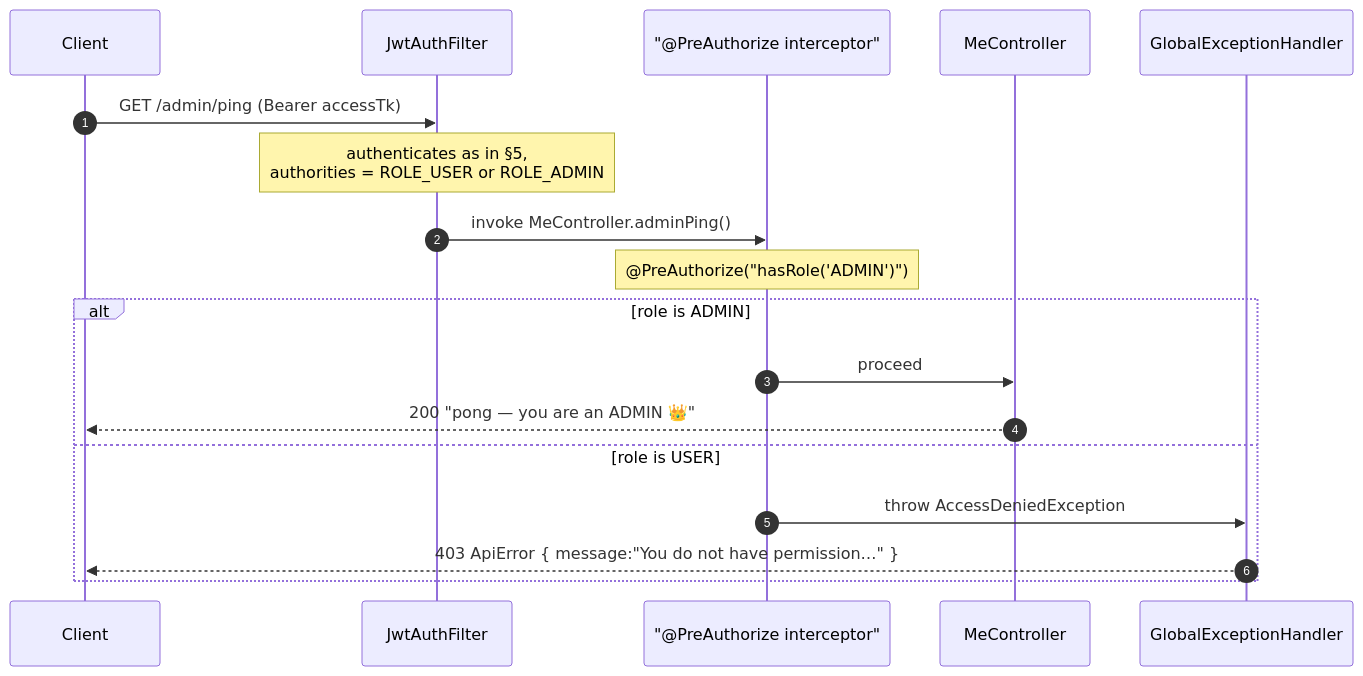
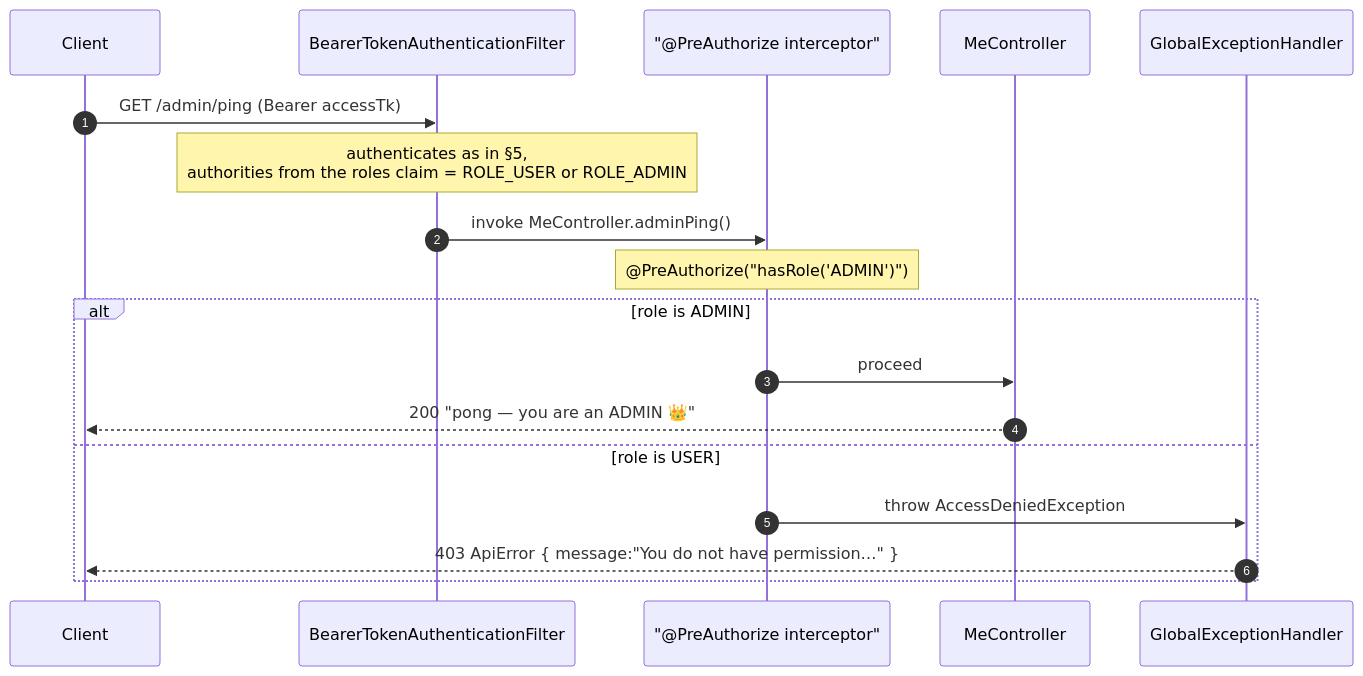
The seventh of 7 diagrams in docs/BACKEND_FLOW.md (Umex10/authkit), drawn with Mermaid before and after one commit. The commit also changed other lines of this file and 4 other files, not shown here.

First line of the commit message:
docs: describe the RS256 resource-server flow and the current tests

````diff
--- a/docs/BACKEND_FLOW.md
+++ b/docs/BACKEND_FLOW.md
@@ -286,21 +312,21 @@
 ```mermaid
 sequenceDiagram
     autonumber
     participant C as Client
-    participant JAF as JwtAuthFilter
+    participant BTAF as BearerTokenAuthenticationFilter
     participant MSI as "@PreAuthorize interceptor"
     participant MC as MeController
     participant GEH as GlobalExceptionHandler
 
-    C->>JAF: GET /admin/ping (Bearer accessTk)
-    Note over JAF: authenticates as in §5,<br/>authorities = ROLE_USER or ROLE_ADMIN
-    JAF->>MSI: invoke MeController.adminPing()
+    C->>BTAF: GET /admin/ping (Bearer accessTk)
+    Note over BTAF: authenticates as in §5,<br/>authorities from the roles claim = ROLE_USER or ROLE_ADMIN
+    BTAF->>MSI: invoke MeController.adminPing()
     Note over MSI: @PreAuthorize("hasRole('ADMIN')")
     alt role is ADMIN
         MSI->>MC: proceed
         MC-->>C: 200 "pong — you are an ADMIN 👑"
     else role is USER
         MSI->>GEH: throw AccessDeniedException
         GEH-->>C: 403 ApiError { message:"You do not have permission…" }
     end
 ```
````
